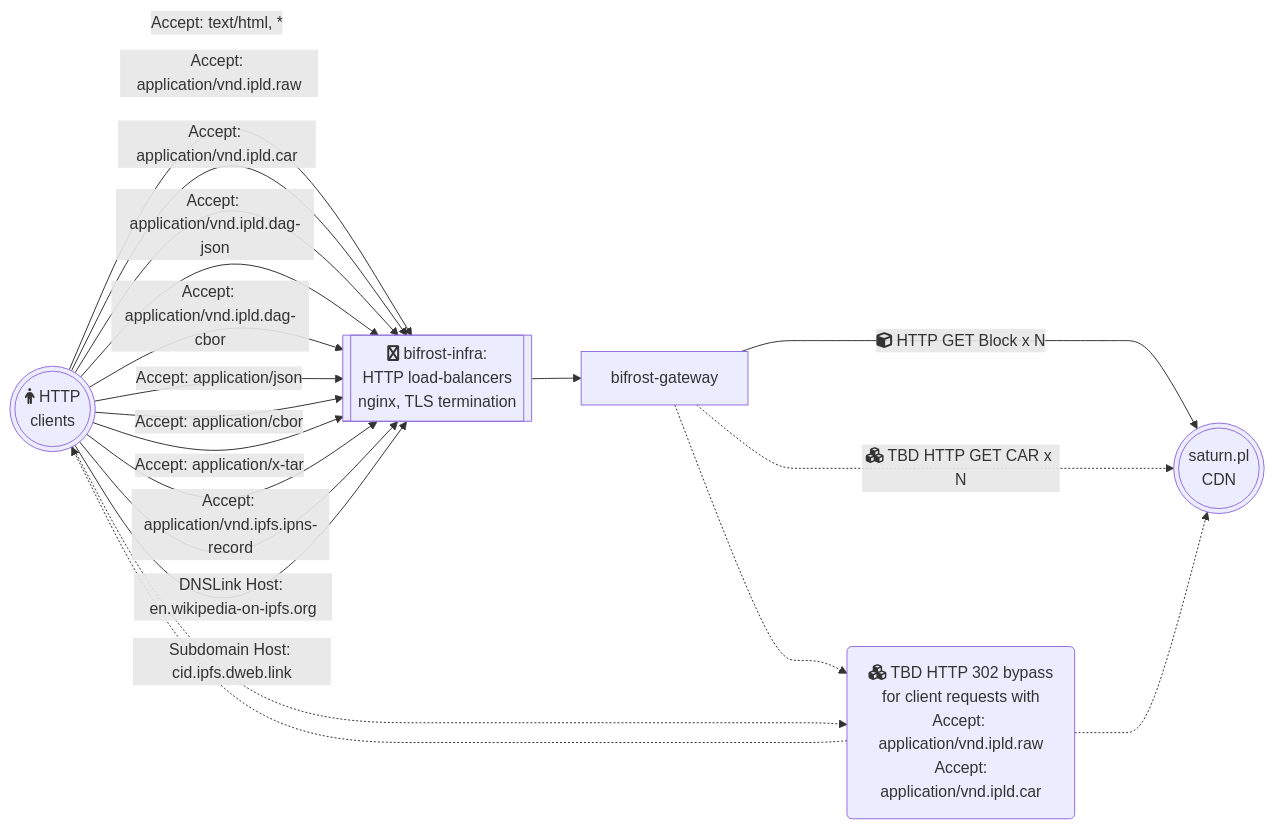
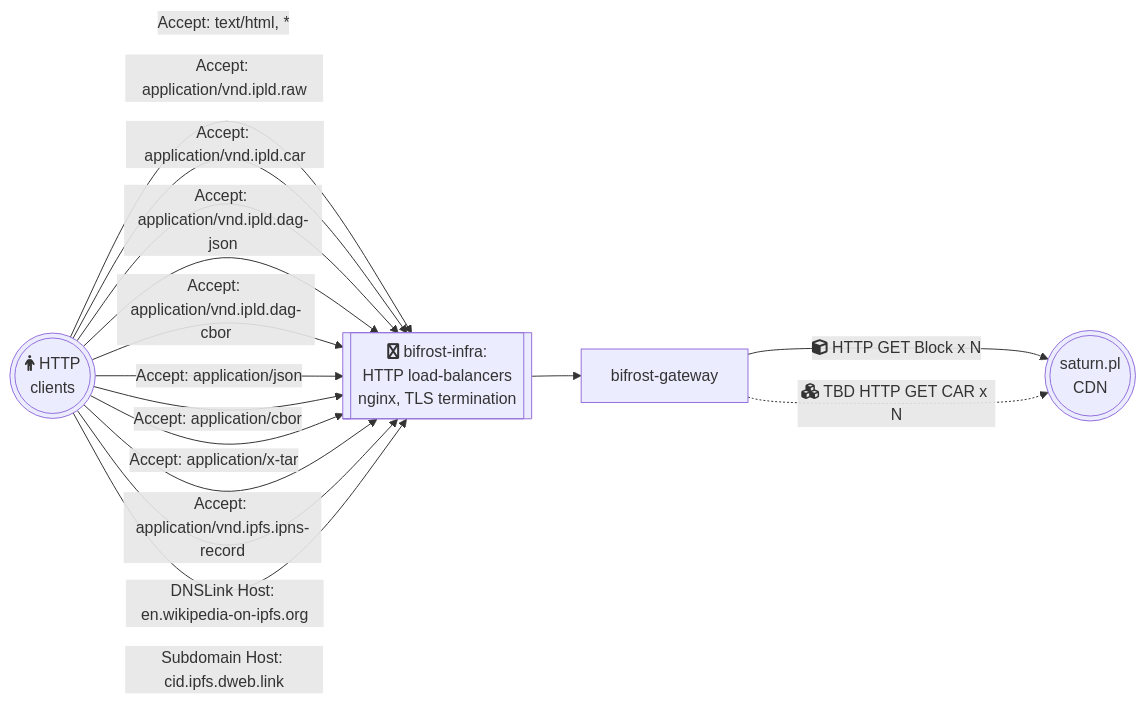
Before and after one commit to ipfs-inactive/bifrost-gateway: the diagram in README.md, drawn with Mermaid. The commit also changed other lines of this file, not shown here.

````diff
--- a/README.md
+++ b/README.md
@@ -22,28 +22,25 @@
 ```mermaid
 graph LR
     A(((fa:fa-person HTTP</br>clients)))
     B[bifrost-gateway]
     N[[fa:fa-hive bifrost-infra:<br>HTTP load-balancers<br> nginx, TLS termination]]
     S(((saturn.pl<br>CDN)))
-    R(fa:fa-cubes TBD HTTP 302 bypass<br> for client requests with <br>Accept: application/vnd.ipld.raw<br> Accept: application/vnd.ipld.car)
 
 
     A -->| Accept: text/html, *| N
     A -->| Accept: application/vnd.ipld.raw | N
     A -->| Accept: application/vnd.ipld.car | N
     A -->| Accept: application/vnd.ipld.dag-json | N
     A -->| Accept: application/vnd.ipld.dag-cbor | N
     A -->| Accept: application/json | N
     A -->| Accept: application/cbor | N
     A -->| Accept: application/x-tar | N
     A -->| Accept: application/vnd.ipfs.ipns-record | N
     A -->| DNSLink Host: en.wikipedia-on-ipfs.org | N
     A -->| Subdomain Host: cid.ipfs.dweb.link | N
 
     N --> B
     
     B --->|fa:fa-cube HTTP GET Block x N | S
     B ..->|fa:fa-cubes TBD HTTP GET CAR x N | S
-    R ..-> A
-    B & A ..-> R ..-> S
 ```
````
